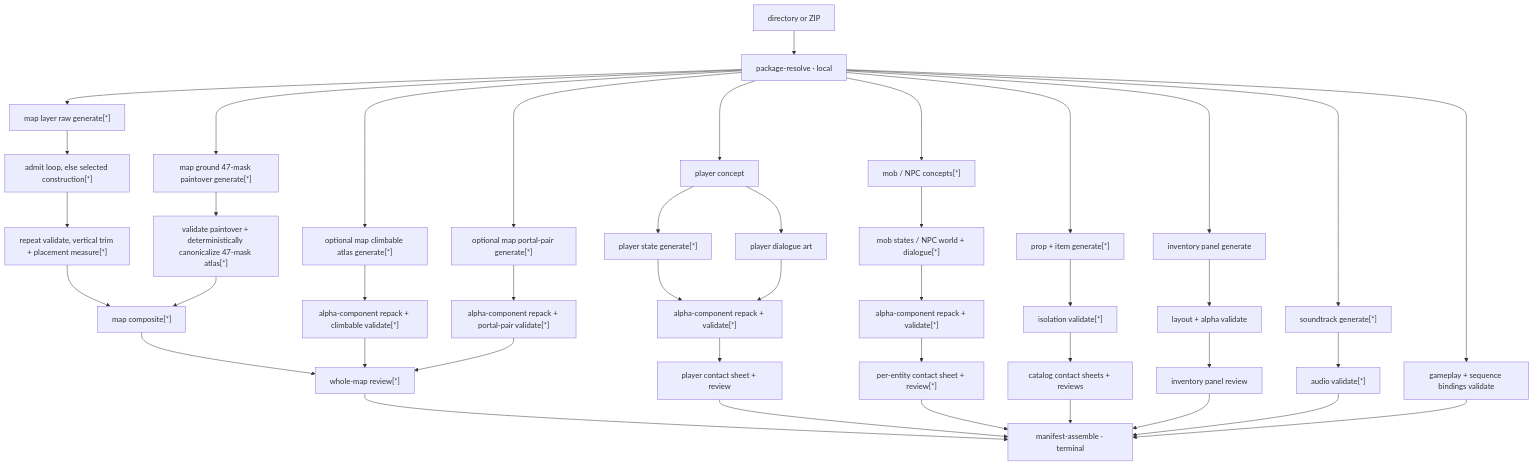
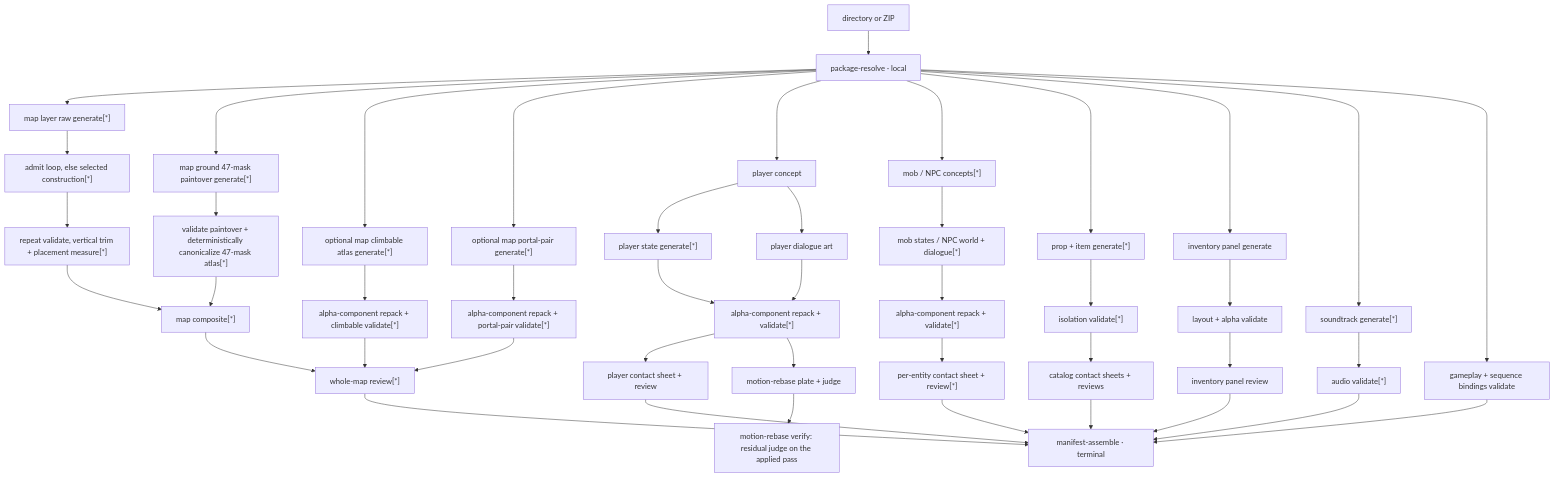
The diagram in docs/spec/game/generation-pipeline.md (softmarshmallow/stage-gen), drawn with Mermaid before and after one commit. The commit also changed other lines of this file and 35 other files, not shown here.

````diff
--- a/docs/spec/game/generation-pipeline.md
+++ b/docs/spec/game/generation-pipeline.md
@@ -39,51 +39,53 @@
 ```mermaid
 flowchart TD
     PKG["directory or ZIP"] --> PR["package-resolve · local"]
 
     PR --> ML["map layer raw generate[*]"]
     PR --> MG["map ground 47-mask paintover generate[*]"]
     ML --> MLC["admit loop, else selected construction[*]"]
     MLC --> MLV["repeat validate, vertical trim + placement measure[*]"]
     MG --> MGV["validate paintover + deterministically canonicalize 47-mask atlas[*]"]
     PR --> LG["optional map climbable atlas generate[*]"]
     PR --> PG["optional map portal-pair generate[*]"]
     MLV --> MC["map composite[*]"]
     MGV --> MC
     LG --> LGV["alpha-component repack + climbable validate[*]"]
     PG --> PGV["alpha-component repack + portal-pair validate[*]"]
     MC --> MR["whole-map review[*]"]
     LGV --> MR
     PGV --> MR
 
     PR --> PC["player concept"]
     PC --> PS["player state generate[*]"]
     PC --> PD["player dialogue art"]
     PS --> PV["alpha-component repack + validate[*]"]
     PD --> PV
     PV --> PCR["player contact sheet + review"]
+    PV --> PMR["motion-rebase plate + judge"]
+    PMR --> PMV["motion-rebase verify: residual judge on the applied pass"]
 
     PR --> XC["mob / NPC concepts[*]"]
     XC --> XS["mob states / NPC world + dialogue[*]"]
     XS --> XV["alpha-component repack + validate[*]"]
     XV --> XR["per-entity contact sheet + review[*]"]
 
     PR --> PI["prop + item generate[*]"]
     PI --> PIV["isolation validate[*]"]
     PIV --> PIR["catalog contact sheets + reviews"]
 
     PR --> UI["inventory panel generate"]
     UI --> UIV["layout + alpha validate"]
     UIV --> UIR["inventory panel review"]
 
     PR --> ST["soundtrack generate[*]"]
     ST --> STV["audio validate[*]"]
     PR --> GB["gameplay + sequence bindings validate"]
 
     MR --> MF["manifest-assemble · terminal"]
     PCR --> MF
     XR --> MF
     PIR --> MF
     UIR --> MF
     STV --> MF
     GB --> MF
 ```
````
